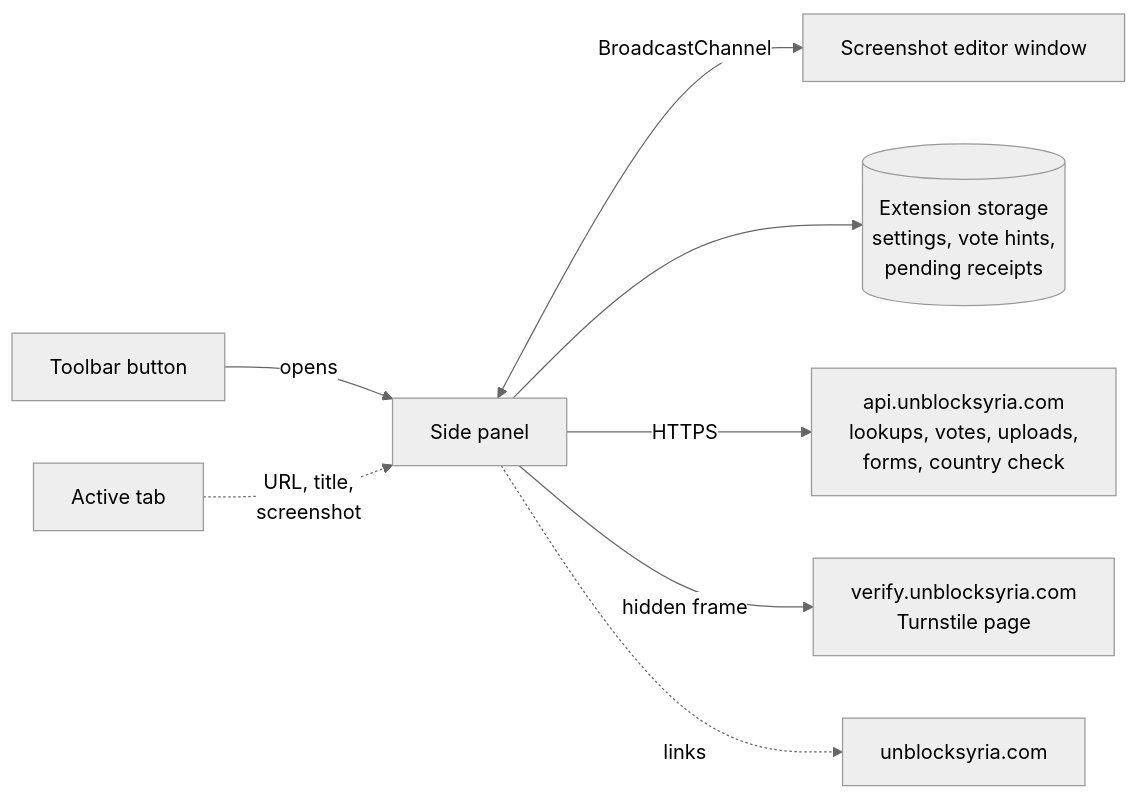
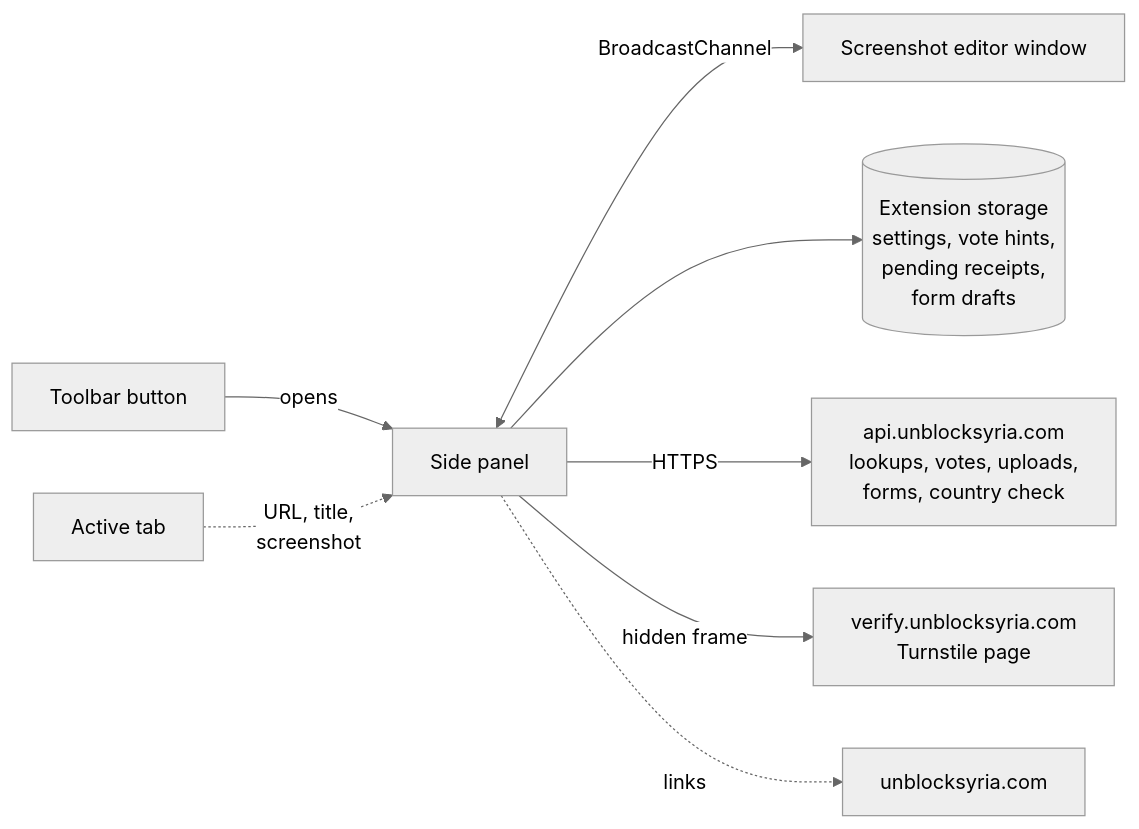
The first of 5 diagrams in ARCHITECTURE.md (unblocksyria/shaghal-extension), drawn with Mermaid (neutral theme) before and after one commit. The commit also changed other lines of this file and 15 other files, not shown here.

First line of the commit message:
feat(panel): keep form drafts when the panel closes (#30)

````diff
--- a/ARCHITECTURE.md
+++ b/ARCHITECTURE.md
@@ -10,10 +10,10 @@
 ```mermaid
 flowchart LR
     Button["Toolbar button"] -->|opens| Panel["Side panel"]
     Tab["Active tab"] -.->|"URL, title,<br/>screenshot"| Panel
     Panel <-->|BroadcastChannel| Editor["Screenshot editor window"]
-    Panel --> Storage[("Extension storage<br/>settings, vote hints,<br/>pending receipts")]
+    Panel --> Storage[("Extension storage<br/>settings, vote hints,<br/>pending receipts,<br/>form drafts")]
     Panel -->|HTTPS| API["api.unblocksyria.com<br/>lookups, votes, uploads,<br/>forms, country check"]
     Panel -->|hidden frame| Verify["verify.unblocksyria.com<br/>Turnstile page"]
     Panel -.->|links| Site["unblocksyria.com"]
 ```
````
